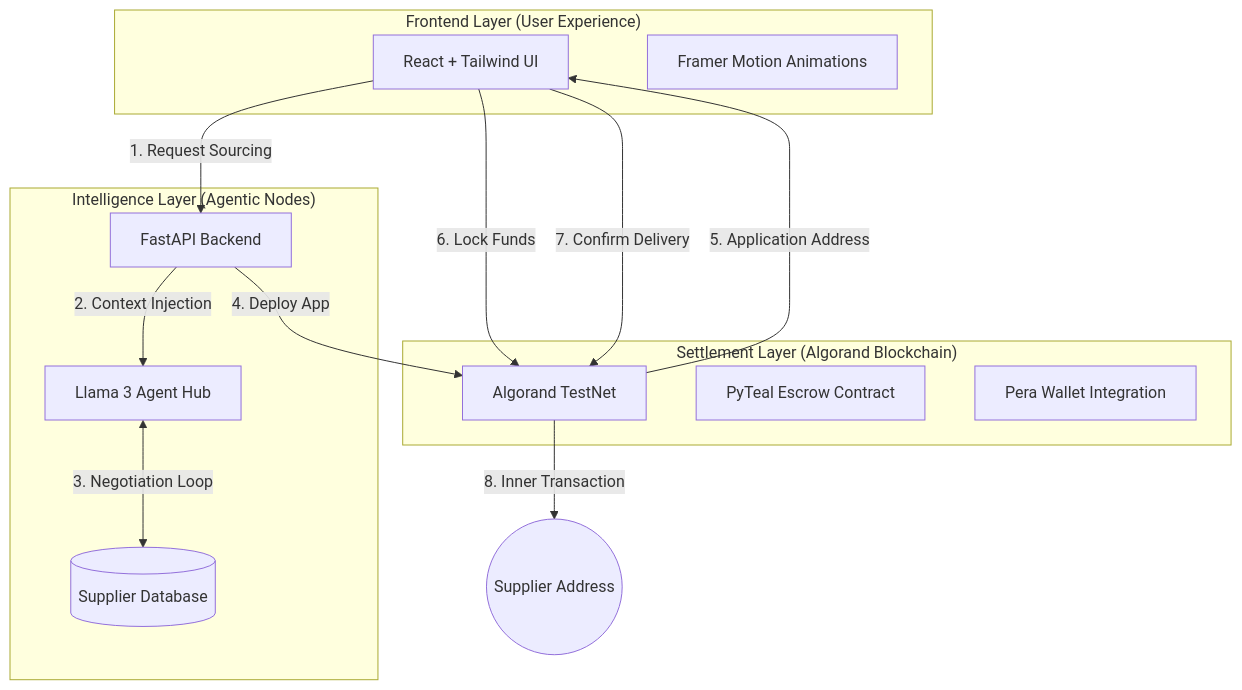
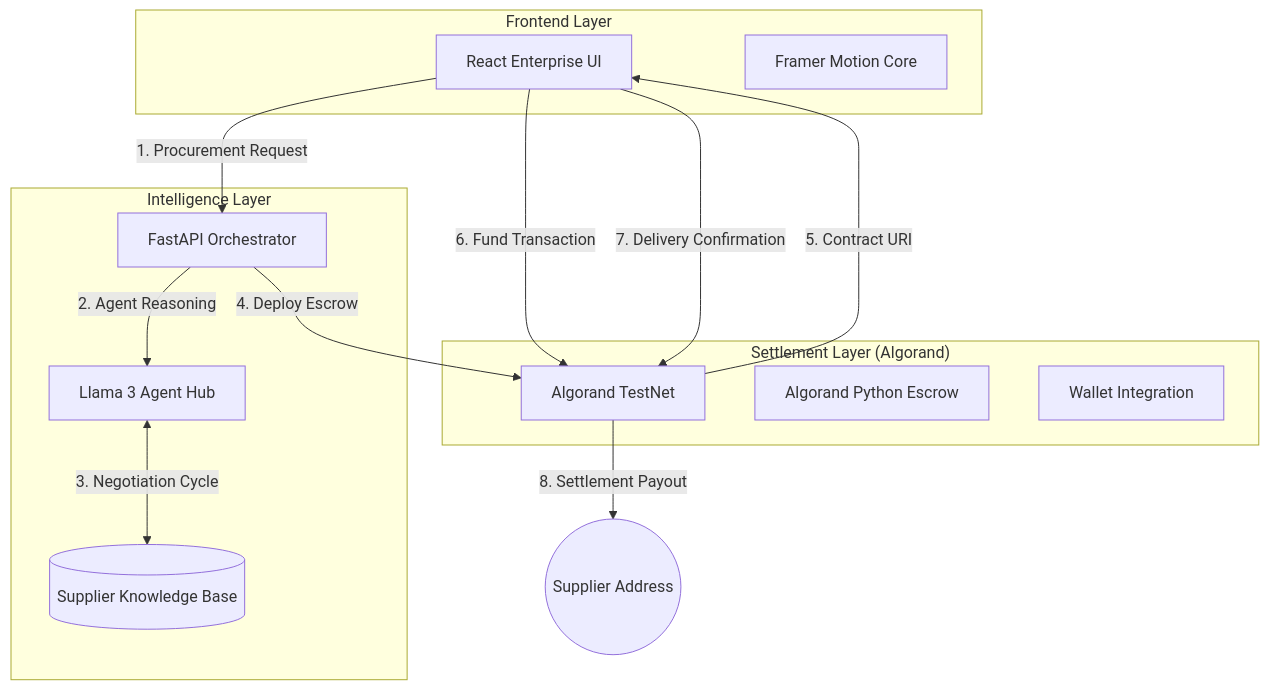
The first of 2 diagrams in README.md (VivekGoudAdula/Procure-AI), drawn with Mermaid before and after one commit. The commit also changed other lines of this file and 47 other files, not shown here.

Commit message:
feat: harden escrow txn flow - double-funding, unified signer, fix 404 confirm-delivery

````diff
--- a/README.md
+++ b/README.md
@@ -24,28 +22,28 @@
 ```mermaid
 graph TD
-    subgraph "Frontend Layer (User Experience)"
-        UI[React + Tailwind UI]
-        ANIM[Framer Motion Animations]
+    subgraph "Frontend Layer"
+        UI[React Enterprise UI]
+        ANIM[Framer Motion Core]
     end
 
-    subgraph "Intelligence Layer (Agentic Nodes)"
-        BE[FastAPI Backend]
+    subgraph "Intelligence Layer"
+        BE[FastAPI Orchestrator]
         AI[Llama 3 Agent Hub]
-        DB[(Supplier Database)]
+        DB[(Supplier Knowledge Base)]
     end
 
-    subgraph "Settlement Layer (Algorand Blockchain)"
+    subgraph "Settlement Layer (Algorand)"
         ALGO[Algorand TestNet]
-        SC[PyTeal Escrow Contract]
-        PW[Pera Wallet Integration]
+        SC[Algorand Python Escrow]
+        PW[Wallet Integration]
     end
 
-    UI -->|1. Request Sourcing| BE
-    BE -->|2. Context Injection| AI
-    AI <-->|3. Negotiation Loop| DB
-    BE -->|4. Deploy App| ALGO
-    ALGO -->|5. Application Address| UI
-    UI -->|6. Lock Funds| ALGO
-    UI -->|7. Confirm Delivery| ALGO
-    ALGO -->|8. Inner Transaction| S((Supplier Address))
+    UI -->|1. Procurement Request| BE
+    BE -->|2. Agent Reasoning| AI
+    AI <-->|3. Negotiation Cycle| DB
+    BE -->|4. Deploy Escrow| ALGO
+    ALGO -->|5. Contract URI| UI
+    UI -->|6. Fund Transaction| ALGO
+    UI -->|7. Delivery Confirmation| ALGO
+    ALGO -->|8. Settlement Payout| S((Supplier Address))
 ```
````
